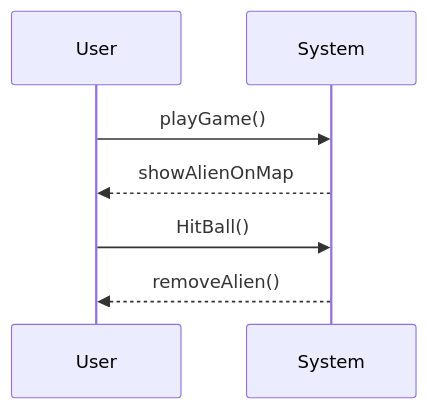
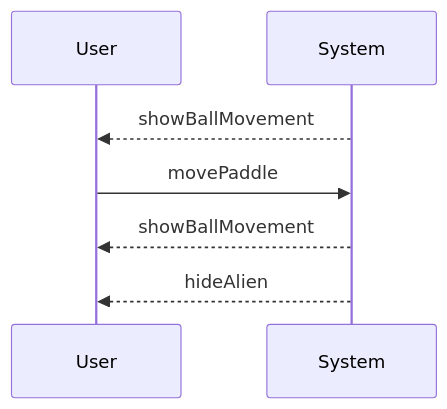
One commit to Shamdan17/Bricking_Bad changed the diagram in system-sequence-diagrams/Hit Harmful Alien.md. Above: the diagram before and after it, drawn with Mermaid. The commit also changed 12 other files, not shown here.

````diff
--- a/system-sequence-diagrams/Hit Harmful Alien.md
+++ b/system-sequence-diagrams/Hit Harmful Alien.md
@@ -3,10 +3,10 @@
 ```mermaid
 sequenceDiagram
 participant User
 participant System
-User->> System: playGame()
-System-->>User: showAlienOnMap
-User->> System: HitBall()
-System-->>User: removeAlien()
+System-->>User: showBallMovement
+User->> System: movePaddle
+System-->>User: showBallMovement
+System-->>User: hideAlien
 
 ```
````
